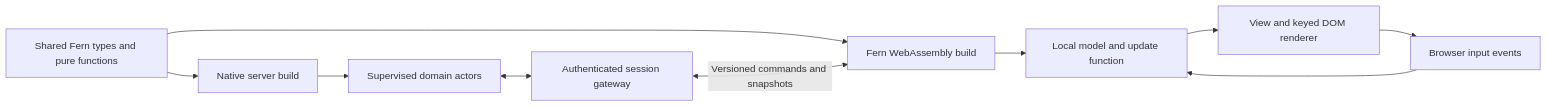
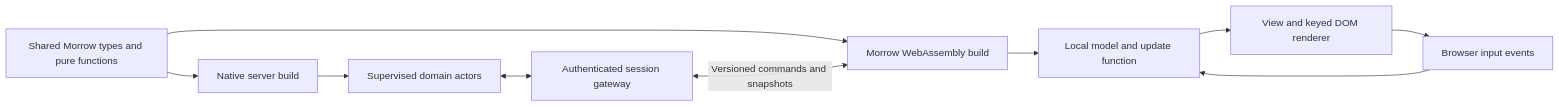
Before and after one commit to morrow-lang/morrow: the diagram in docs/FULL_STACK_ARCHITECTURE.md, drawn with Mermaid. The commit also changed other lines of this file and 104 other files, not shown here.

````diff
--- a/docs/FULL_STACK_ARCHITECTURE.md
+++ b/docs/FULL_STACK_ARCHITECTURE.md
@@ -27,12 +27,12 @@
 ```mermaid
 flowchart LR
-    Shared[Shared Fern types and pure functions] --> Native[Native server build]
-    Shared --> Browser[Fern WebAssembly build]
+    Shared[Shared Morrow types and pure functions] --> Native[Native server build]
+    Shared --> Browser[Morrow WebAssembly build]
     Native --> Actors[Supervised domain actors]
     Actors <--> Session[Authenticated session gateway]
     Session <-->|Versioned commands and snapshots| Browser
     Browser --> Update[Local model and update function]
     Update --> View[View and keyed DOM renderer]
     View --> Events[Browser input events]
     Events --> Update
 ```
````
